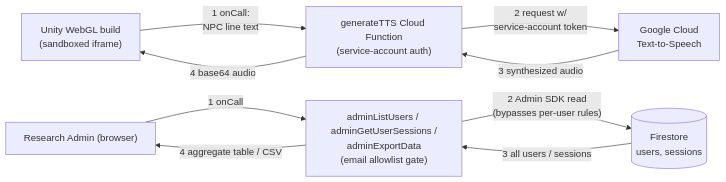
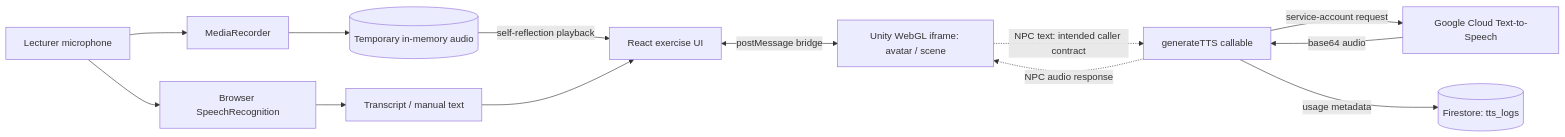
The second of 9 diagrams in SYSTEM_DIAGRAMS.md (manss123/FeedbackLabWeb), drawn with Mermaid before and after one commit. The commit also changed other lines of this file and 99 other files, not shown here.

````diff
--- a/SYSTEM_DIAGRAMS.md
+++ b/SYSTEM_DIAGRAMS.md
@@ -57,21 +46,24 @@
 ```mermaid
-%%{init: {'flowchart': {'nodeSpacing': 55, 'rankSpacing': 80, 'curve': 'basis'}}}%%
 flowchart LR
-  unity["Unity WebGL build\n(sandboxed iframe)"]
-  tts["generateTTS Cloud Function\n(service-account auth)"]
-  cloudtts["Google Cloud\nText-to-Speech"]
+  react["React exercise UI"]
+  unity["Unity WebGL iframe: avatar / scene"]
+  mic["Lecturer microphone"]
+  recorder["MediaRecorder"]
+  speech["Browser SpeechRecognition"]
+  blob[("Temporary in-memory audio")]
+  text["Transcript / manual text"]
+  tts["generateTTS callable"]
+  provider["Google Cloud Text-to-Speech"]
+  logs[("Firestore: tts_logs")]
 
-  admin["Research Admin (browser)"]
-  adminfns["adminListUsers / adminGetUserSessions /\nadminExportData\n(email allowlist gate)"]
-  firestore[("Firestore\nusers, sessions")]
-
-  unity -->|"1 onCall:\nNPC line text"| tts
-  tts -->|"2 request w/\nservice-account token"| cloudtts
-  cloudtts -->|"3 synthesized audio"| tts
-  tts -->|"4 base64 audio"| unity
-
-  admin -->|"1 onCall"| adminfns
-  adminfns -->|"2 Admin SDK read\n(bypasses per-user rules)"| firestore
-  firestore -->|"3 all users / sessions"| adminfns
-  adminfns -->|"4 aggregate table / CSV"| admin
+  react <-->|"postMessage bridge"| unity
+  mic --> recorder --> blob
+  blob -->|"self-reflection playback"| react
+  mic --> speech --> text
+  text --> react
+  unity -.->|"NPC text: intended caller contract"| tts
+  tts -->|"service-account request"| provider
+  provider -->|"base64 audio"| tts
+  tts -.->|"NPC audio response"| unity
+  tts -->|"usage metadata"| logs
 ```
````
